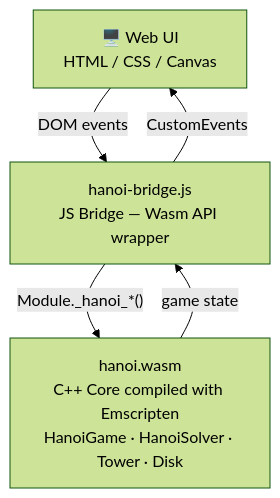
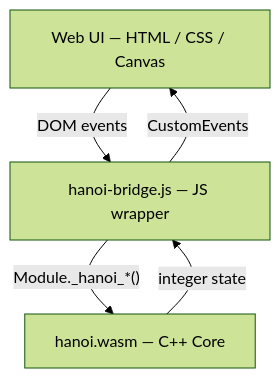
One commit to deepdevjose/Hanoi-Towers changed the diagram in README.md. Above: the diagram before and after it, drawn with Mermaid (forest theme). The commit also changed other lines of this file and 7 other files, not shown here.

````diff
--- a/README.md
+++ b/README.md
@@ -13,11 +33,11 @@
 ```mermaid
 graph TD
-    UI["🖥️ Web UI\nHTML / CSS / Canvas"]
-    Bridge["hanoi-bridge.js\nJS Bridge — Wasm API wrapper"]
-    Wasm["hanoi.wasm\nC++ Core compiled with Emscripten\nHanoiGame · HanoiSolver · Tower · Disk"]
+    UI["Web UI — HTML / CSS / Canvas"]
+    Bridge["hanoi-bridge.js — JS wrapper"]
+    Wasm["hanoi.wasm — C++ Core"]
 
     UI -- "DOM events" --> Bridge
     Bridge -- "Module._hanoi_*()" --> Wasm
-    Wasm -- "game state" --> Bridge
+    Wasm -- "integer state" --> Bridge
     Bridge -- "CustomEvents" --> UI
 ```
````
